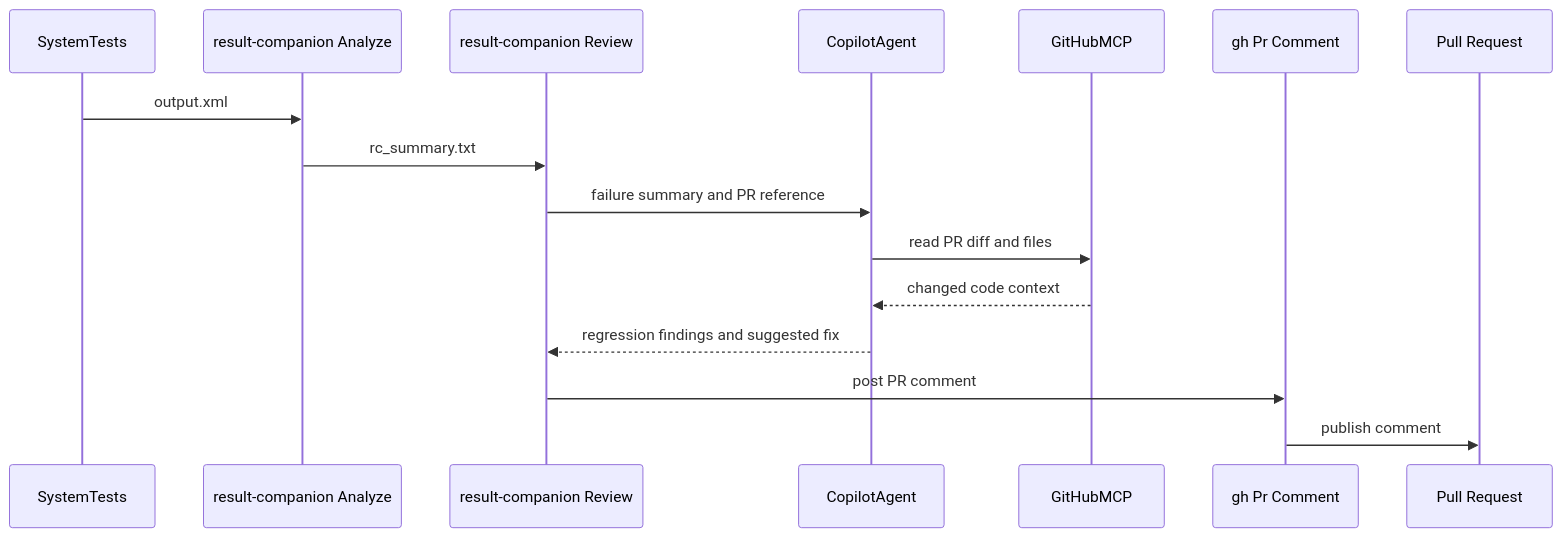
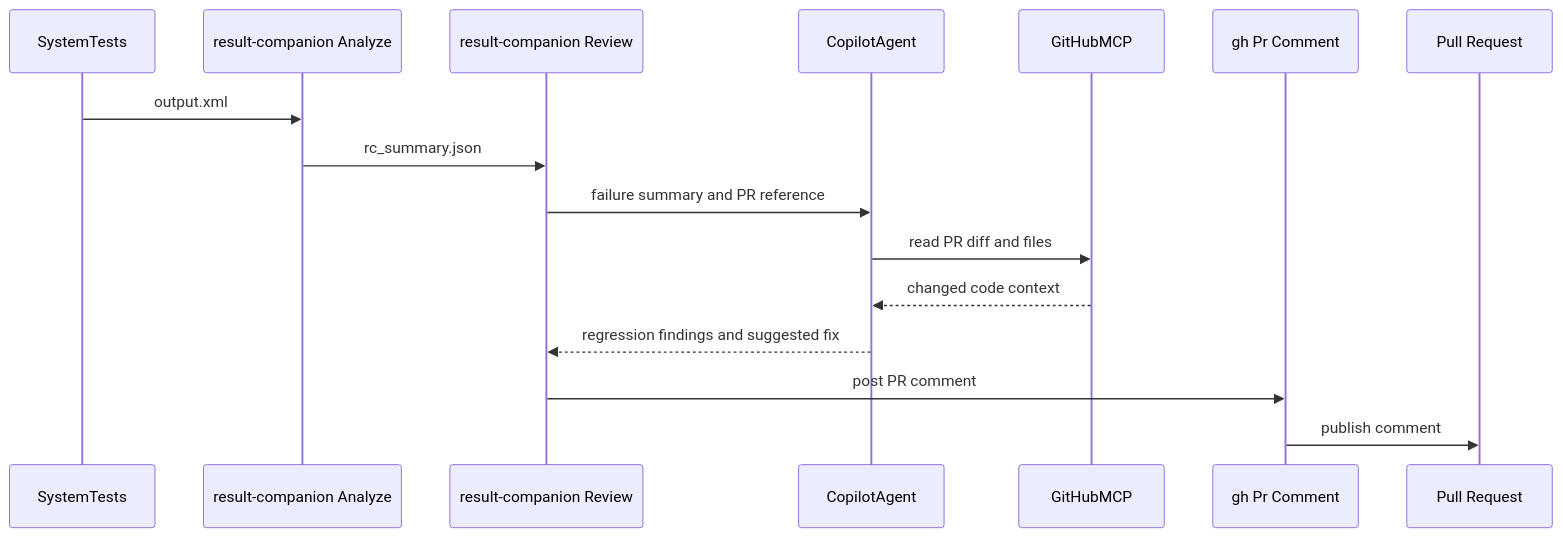
The diagram in README.md (miltroj/result-companion), drawn with Mermaid before and after one commit. The commit also changed other lines of this file and 1 other file, not shown here.

````diff
--- a/README.md
+++ b/README.md
@@ -59,19 +59,19 @@
 ```mermaid
 sequenceDiagram
     participant tests as SystemTests
     participant analyze as result-companion Analyze
     participant review as result-companion Review
     participant copilot as CopilotAgent
     participant mcp as GitHubMCP
     participant gh as gh Pr Comment
     participant pr as Pull Request
 
     tests->>analyze: output.xml
-    analyze->>review: rc_summary.txt
+    analyze->>review: rc_summary.json
     review->>copilot: failure summary and PR reference
     copilot->>mcp: read PR diff and files
     mcp-->>copilot: changed code context
     copilot-->>review: regression findings and suggested fix
     review->>gh: post PR comment
     gh->>pr: publish comment
 ```
````
